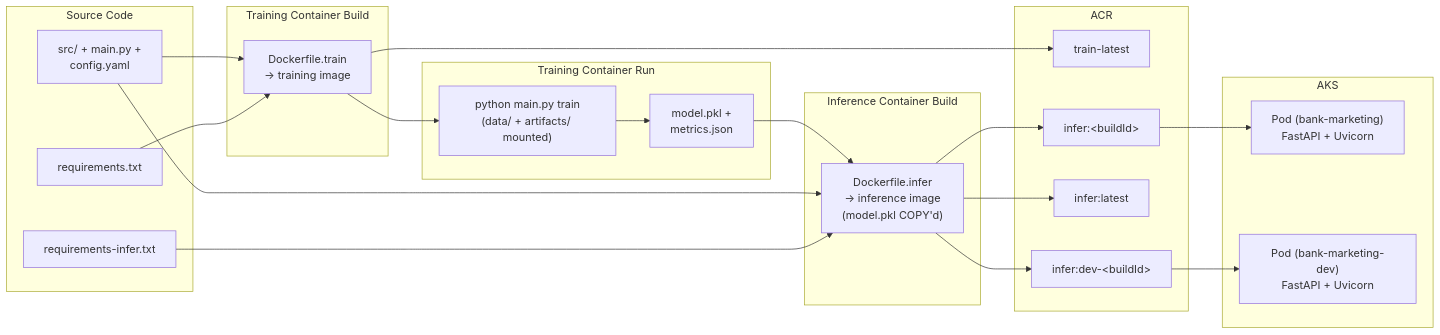
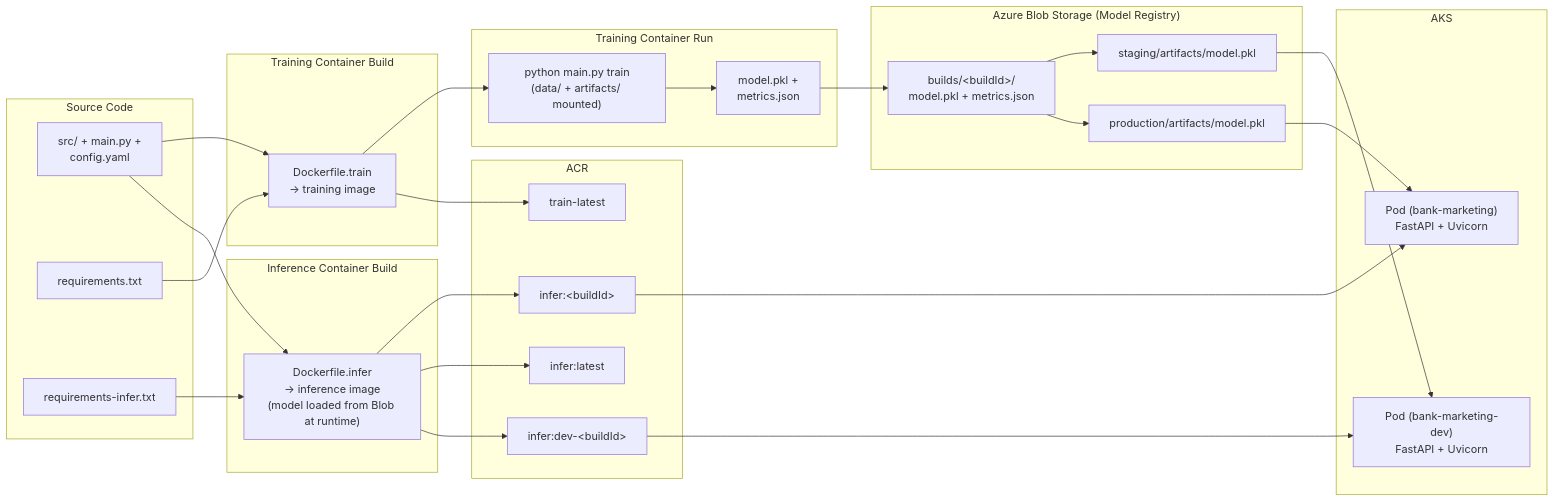
The fifth of 5 diagrams in docs/ci-cd-pipeline.md (Annemarie-Bester/marketing-model-mlops-azure), drawn with Mermaid before and after one commit. The commit also changed other lines of this file and 19 other files, not shown here.

````diff
--- a/docs/ci-cd-pipeline.md
+++ b/docs/ci-cd-pipeline.md
@@ -338,47 +398,57 @@
 ```mermaid
 flowchart LR
     subgraph Source["Source Code"]
         CODE["src/ + main.py +\nconfig.yaml"]
         REQS_TRAIN["requirements.txt"]
         REQS_INFER["requirements-infer.txt"]
     end
 
     subgraph TrainBuild["Training Container Build"]
         TRAIN_IMG["Dockerfile.train\n→ training image"]
     end
 
     subgraph TrainRun["Training Container Run"]
         TRAIN_EXEC["python main.py train\n(data/ + artifacts/ mounted)"]
         MODEL["model.pkl +\nmetrics.json"]
     end
 
+    subgraph BlobStorage["Azure Blob Storage (Model Registry)"]
+        BLOB_VERSIONED["builds/&lt;buildId&gt;/\nmodel.pkl + metrics.json"]
+        BLOB_STAGING["staging/artifacts/model.pkl"]
+        BLOB_PROD["production/artifacts/model.pkl"]
+    end
+
     subgraph InferBuild["Inference Container Build"]
-        INFER_IMG["Dockerfile.infer\n→ inference image\n(model.pkl COPY'd)"]
+        INFER_IMG["Dockerfile.infer\n→ inference image\n(model loaded from Blob at runtime)"]
     end
 
     subgraph Registry["ACR"]
         VT["train-latest"]
         V1["infer:&lt;buildId&gt;"]
         VL["infer:latest"]
         VD["infer:dev-&lt;buildId&gt;"]
     end
 
     subgraph Runtime["AKS"]
         POD_PROD["Pod (bank-marketing)\nFastAPI + Uvicorn"]
         POD_DEV["Pod (bank-marketing-dev)\nFastAPI + Uvicorn"]
     end
 
     CODE --> TRAIN_IMG
     REQS_TRAIN --> TRAIN_IMG
     TRAIN_IMG --> TRAIN_EXEC
     TRAIN_EXEC --> MODEL
-    MODEL --> INFER_IMG
+    MODEL --> BLOB_VERSIONED
+    BLOB_VERSIONED --> BLOB_STAGING
+    BLOB_VERSIONED --> BLOB_PROD
     CODE --> INFER_IMG
     REQS_INFER --> INFER_IMG
     TRAIN_IMG --> VT
     INFER_IMG --> V1
     INFER_IMG --> VL
     INFER_IMG --> VD
     V1 --> POD_PROD
     VD --> POD_DEV
+    BLOB_PROD --> POD_PROD
+    BLOB_STAGING --> POD_DEV
 ```
````
